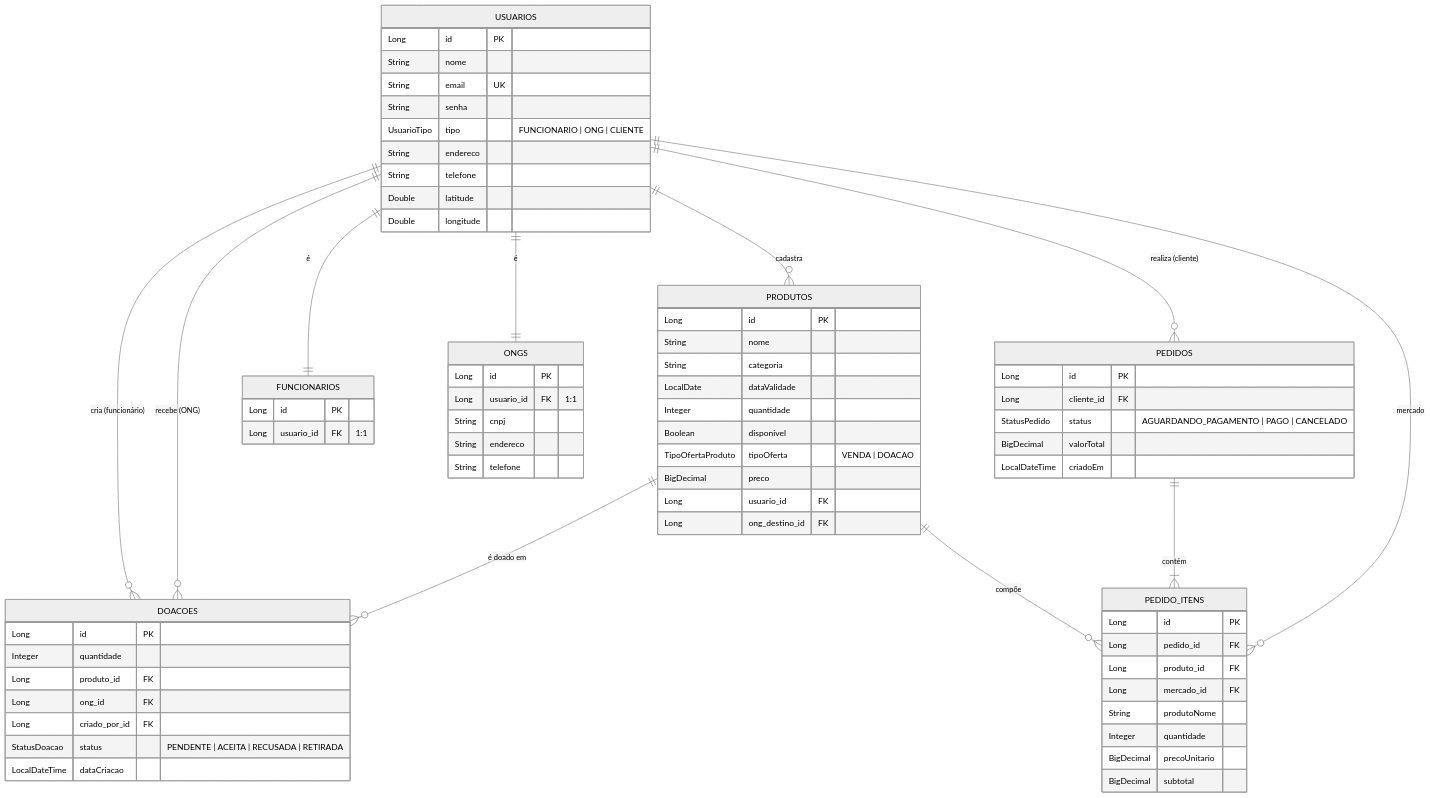
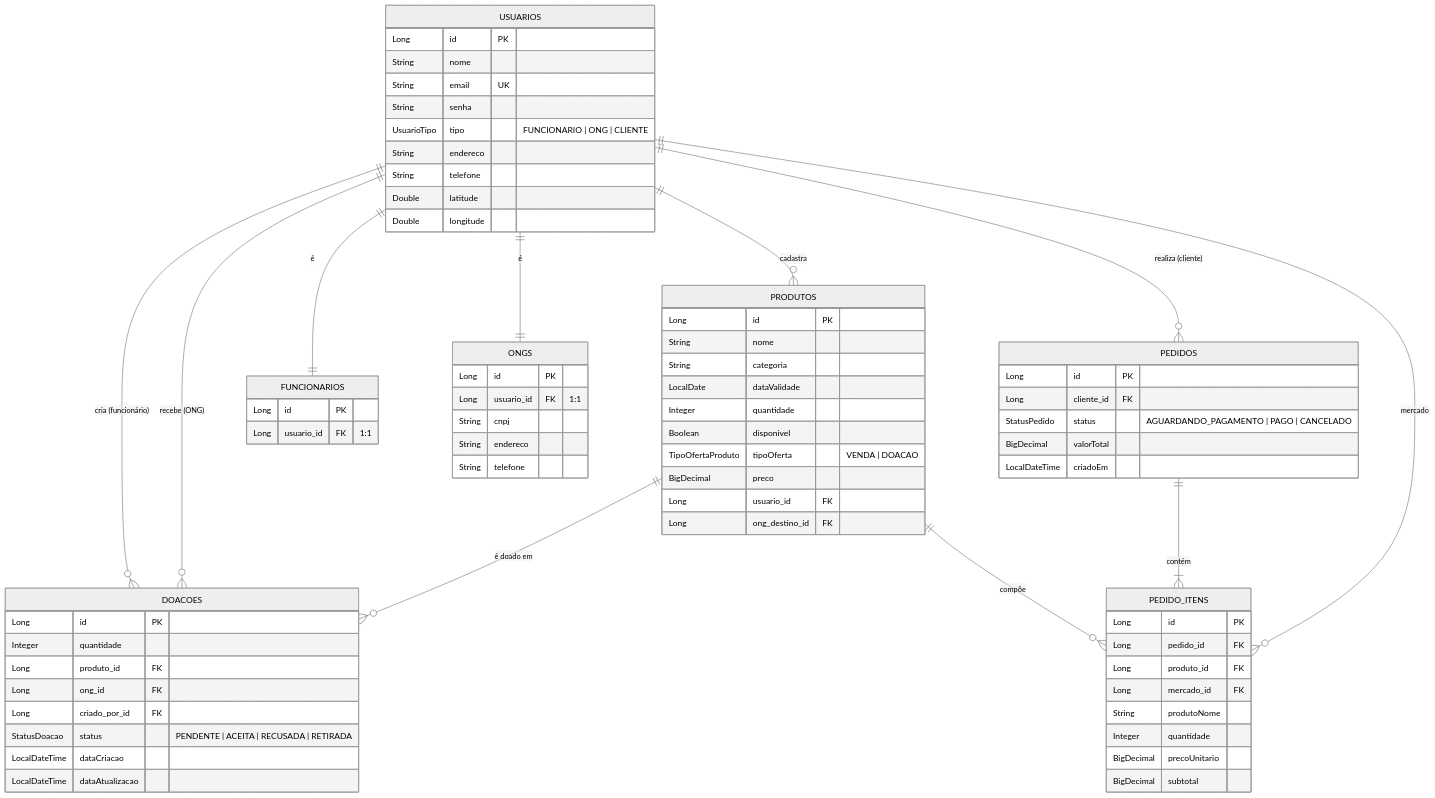
Before and after one commit to mariacatmiau/Lab_Eng_Software: the second of 6 diagrams in README.md, drawn with Mermaid (neutral theme). The commit also changed other lines of this file and 21 other files, not shown here.

````diff
--- a/README.md
+++ b/README.md
@@ -155,80 +155,81 @@
 ```mermaid
 erDiagram
     USUARIOS {
         Long id PK
         String nome
         String email UK
         String senha
         UsuarioTipo tipo "FUNCIONARIO | ONG | CLIENTE"
         String endereco
         String telefone
         Double latitude
         Double longitude
     }
 
     PRODUTOS {
         Long id PK
         String nome
         String categoria
         LocalDate dataValidade
         Integer quantidade
         Boolean disponivel
         TipoOfertaProduto tipoOferta "VENDA | DOACAO"
         BigDecimal preco
         Long usuario_id FK
         Long ong_destino_id FK
     }
 
     DOACOES {
         Long id PK
         Integer quantidade
         Long produto_id FK
         Long ong_id FK
         Long criado_por_id FK
         StatusDoacao status "PENDENTE | ACEITA | RECUSADA | RETIRADA"
         LocalDateTime dataCriacao
+        LocalDateTime dataAtualizacao
     }
 
     PEDIDOS {
         Long id PK
         Long cliente_id FK
         StatusPedido status "AGUARDANDO_PAGAMENTO | PAGO | CANCELADO"
         BigDecimal valorTotal
         LocalDateTime criadoEm
     }
 
     PEDIDO_ITENS {
         Long id PK
         Long pedido_id FK
         Long produto_id FK
         Long mercado_id FK
         String produtoNome
         Integer quantidade
         BigDecimal precoUnitario
         BigDecimal subtotal
     }
 
     FUNCIONARIOS {
         Long id PK
         Long usuario_id FK "1:1"
     }
 
     ONGS {
         Long id PK
         Long usuario_id FK "1:1"
         String cnpj
         String endereco
         String telefone
     }
 
     USUARIOS ||--o{ PRODUTOS : "cadastra"
     USUARIOS ||--o{ DOACOES : "cria (funcionário)"
     USUARIOS ||--o{ DOACOES : "recebe (ONG)"
     USUARIOS ||--o{ PEDIDOS : "realiza (cliente)"
     USUARIOS ||--|| FUNCIONARIOS : "é"
     USUARIOS ||--|| ONGS : "é"
     PRODUTOS ||--o{ DOACOES : "é doado em"
     PRODUTOS ||--o{ PEDIDO_ITENS : "compõe"
     PEDIDOS ||--|{ PEDIDO_ITENS : "contém"
     USUARIOS ||--o{ PEDIDO_ITENS : "mercado"
 ```
````
